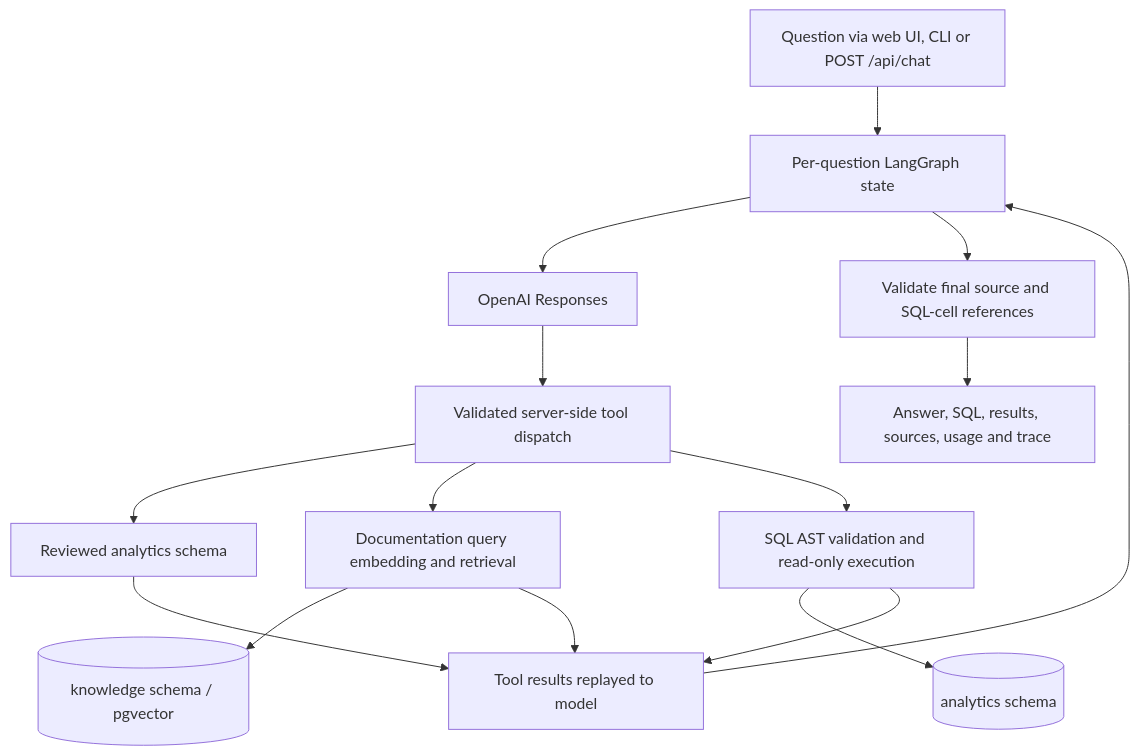
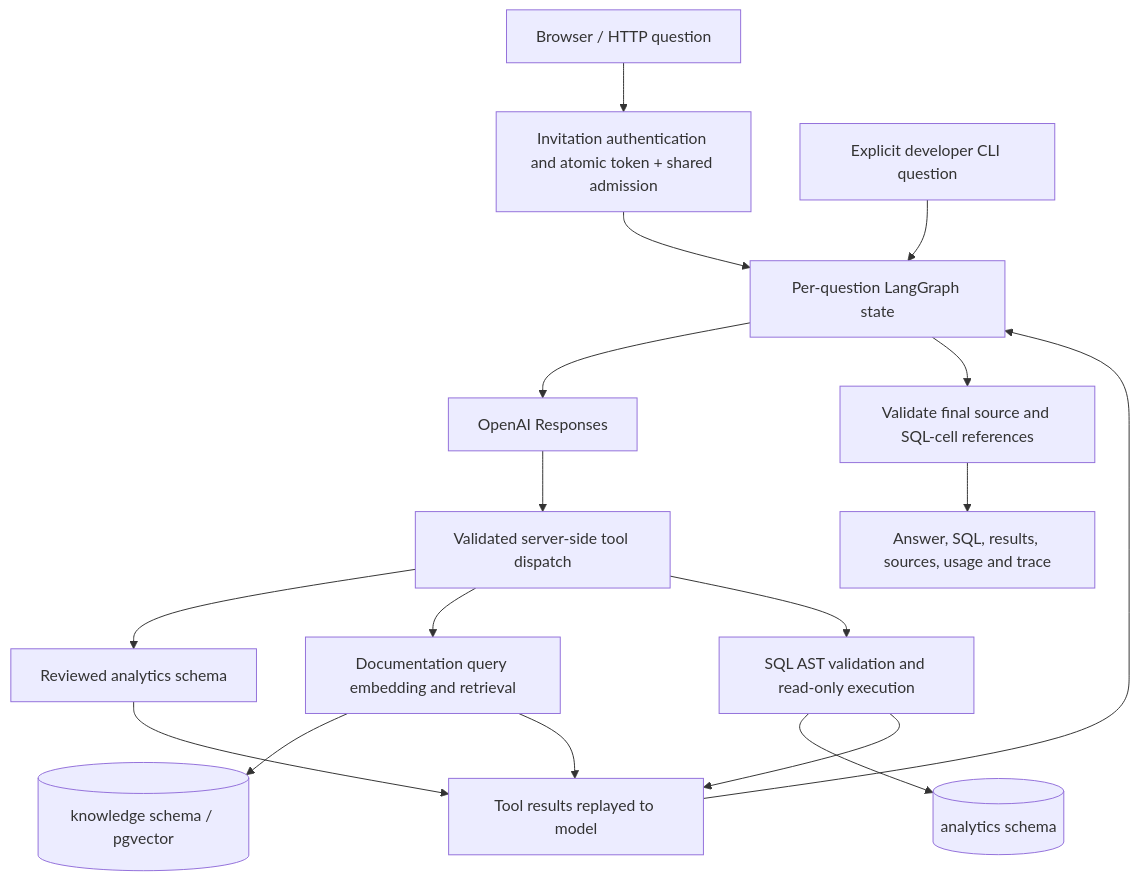
The diagram in docs/architecture.md (itsvigun/querylens), drawn with Mermaid before and after one commit. The commit also changed other lines of this file and 40 other files, not shown here.

````diff
--- a/docs/architecture.md
+++ b/docs/architecture.md
@@ -25,17 +27,19 @@
 ```mermaid
 flowchart TD
-    Question["Question via web UI, CLI or POST /api/chat"] --> Graph["Per-question LangGraph state"]
+    HTTP["Browser / HTTP question"] --> Auth["Invitation authentication and atomic token + shared admission"]
+    Auth --> Graph["Per-question LangGraph state"]
+    CLI["Explicit developer CLI question"] --> Graph
     Graph --> Model["OpenAI Responses"]
     Model --> Dispatch["Validated server-side tool dispatch"]
     Dispatch --> Schema["Reviewed analytics schema"]
     Dispatch --> Retrieval["Documentation query embedding and retrieval"]
     Dispatch --> SQL["SQL AST validation and read-only execution"]
     Retrieval --> Knowledge[("knowledge schema / pgvector")]
     SQL --> Analytics[("analytics schema")]
     Schema --> Replay["Tool results replayed to model"]
     Retrieval --> Replay
     SQL --> Replay
     Replay --> Graph
     Graph --> Grounding["Validate final source and SQL-cell references"]
     Grounding --> Answer["Answer, SQL, results, sources, usage and trace"]
 ```
````
